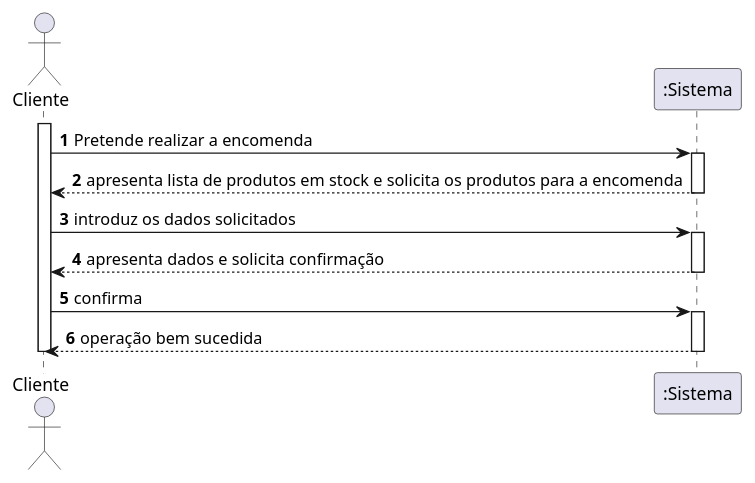
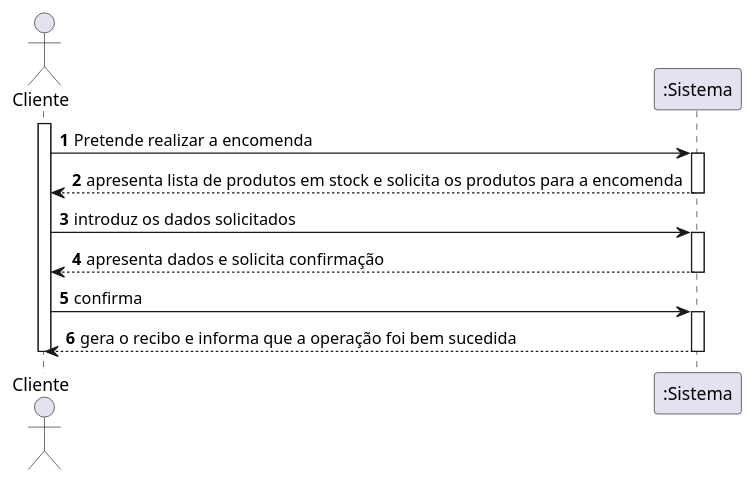
Before and after one commit to pedrolemos4/LAPR3: the diagram in docs/UC25/SSD.puml, drawn with PlantUML. The commit also changed 3 other files, not shown here.

```diff
--- a/docs/UC25/SSD.puml
+++ b/docs/UC25/SSD.puml
@@ -1,23 +1,23 @@
 @startuml
 autonumber
 actor "Cliente" as UNR
 
 activate UNR
 UNR -> ":Sistema" : Pretende realizar a encomenda
 activate ":Sistema"
 ":Sistema" --> UNR : apresenta lista de produtos em stock e solicita os produtos para a encomenda
 deactivate ":Sistema"
 
 
 UNR -> ":Sistema" : introduz os dados solicitados
 activate ":Sistema"
 ":Sistema" --> UNR : apresenta dados e solicita confirmação
 deactivate ":Sistema"
 
 UNR -> ":Sistema" : confirma
 activate ":Sistema"
-":Sistema" --> UNR : operação bem sucedida
+":Sistema" --> UNR : gera o recibo e informa que a operação foi bem sucedida
 deactivate ":Sistema"
 
 deactivate UNR
 @enduml
```
